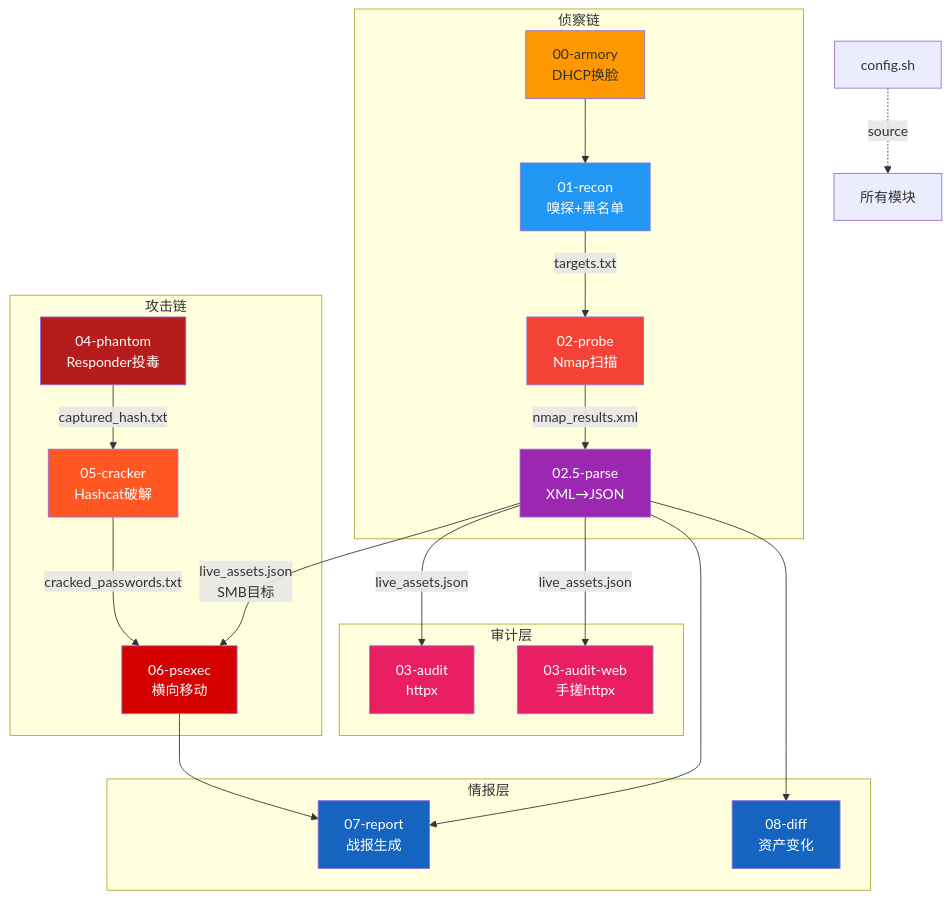
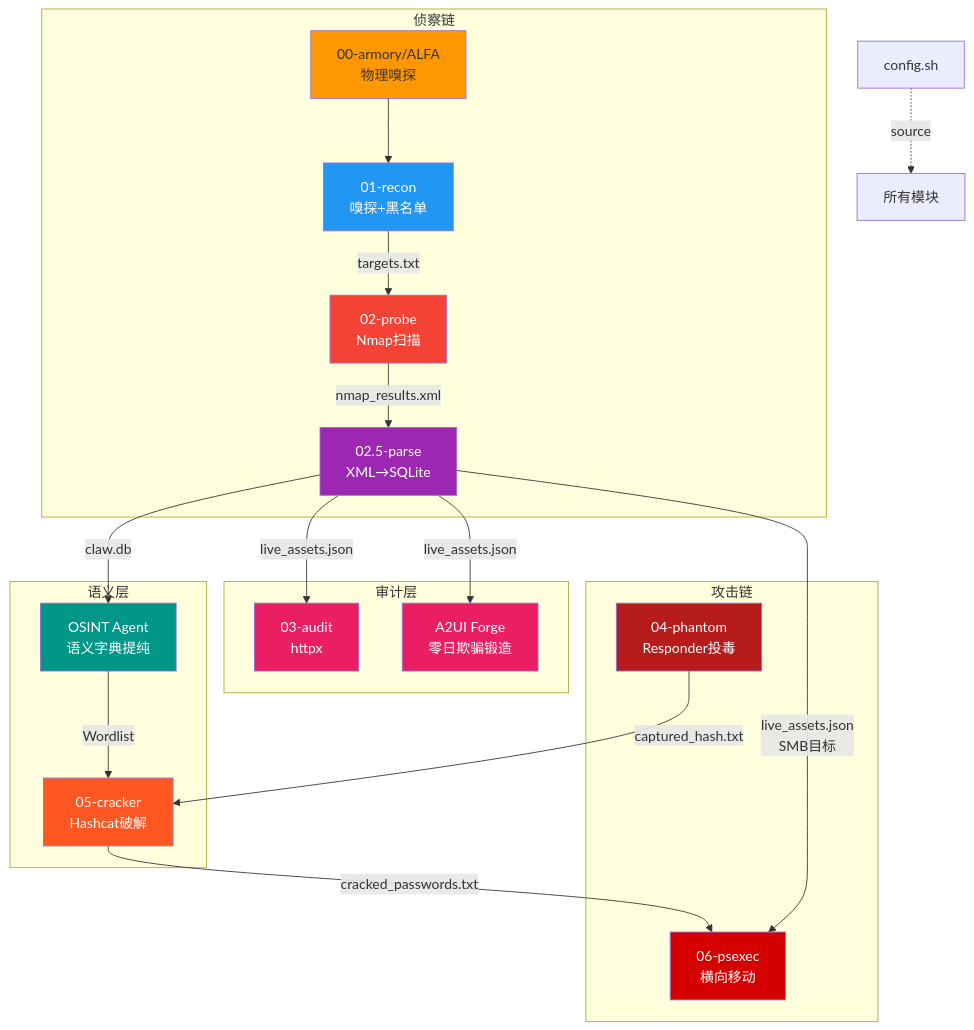
Before and after one commit to Ziqi/Claw: the diagram in docs/ARCHITECTURE.md, drawn with Mermaid. The commit also changed other lines of this file and 7 other files, not shown here.

````diff
--- a/docs/ARCHITECTURE.md
+++ b/docs/ARCHITECTURE.md
@@ -192,39 +189,37 @@
 ```mermaid
 graph TD
     CFG[config.sh] -.->|source| ALL[所有模块]
 
     subgraph 侦察链
-        A[00-armory<br/>DHCP换脸] --> B[01-recon<br/>嗅探+黑名单]
+        A[00-armory/ALFA<br/>物理嗅探] --> B[01-recon<br/>嗅探+黑名单]
         B -->|targets.txt| C[02-probe<br/>Nmap扫描]
-        C -->|nmap_results.xml| D[02.5-parse<br/>XML→JSON]
+        C -->|nmap_results.xml| D[02.5-parse<br/>XML→SQLite]
+    end
+
+    subgraph 语义层
+        D -->|claw.db| OSINT[OSINT Agent<br/>语义字典提纯]
+        OSINT -->|Wordlist| G
     end
 
     subgraph 审计层
         D -->|live_assets.json| E1[03-audit<br/>httpx]
-        D -->|live_assets.json| E2[03-audit-web<br/>手搓httpx]
+        D -->|live_assets.json| E2[A2UI Forge<br/>零日欺骗锻造]
     end
 
     subgraph 攻击链
         F[04-phantom<br/>Responder投毒] -->|"captured_hash.txt"| G[05-cracker<br/>Hashcat破解]
         G -->|"cracked_passwords.txt"| H[06-psexec<br/>横向移动]
         D -->|"live_assets.json<br/>SMB目标"| H
     end
 
-    subgraph 情报层
-        H --> I[07-report<br/>战报生成]
-        D --> I
-        D --> J[08-diff<br/>资产变化]
-    end
-
     style A fill:#ff9800
     style B fill:#2196f3,color:#fff
     style C fill:#f44336,color:#fff
     style D fill:#9c27b0,color:#fff
     style E1 fill:#e91e63,color:#fff
     style E2 fill:#e91e63,color:#fff
+    style OSINT fill:#009688,color:#fff
     style F fill:#b71c1c,color:#fff
     style G fill:#ff5722,color:#fff
     style H fill:#d50000,color:#fff
-    style I fill:#1565c0,color:#fff
-    style J fill:#1565c0,color:#fff
 ```
````
